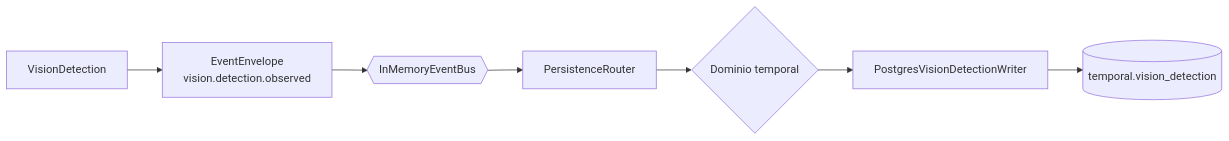
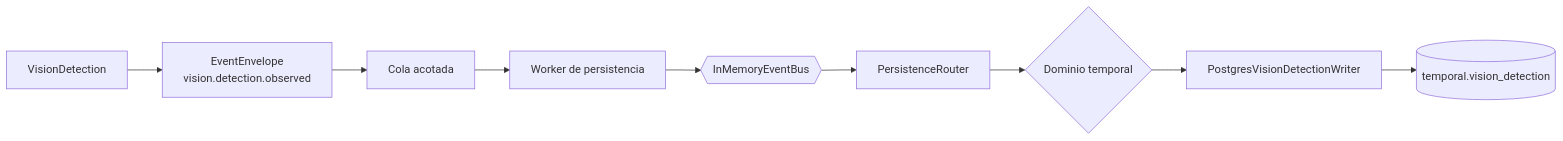
The fifth of 9 diagrams in core/rs/ARCHITECTURE.md (dfr2098/broder), drawn with Mermaid before and after one commit. The commit also changed other lines of this file and 18 other files, not shown here.

````diff
--- a/core/rs/ARCHITECTURE.md
+++ b/core/rs/ARCHITECTURE.md
@@ -230,9 +230,11 @@
 ```mermaid
 flowchart LR
     DET[VisionDetection] --> ENV[EventEnvelope<br/>vision.detection.observed]
-    ENV --> BUS{{InMemoryEventBus}}
+    ENV --> QUEUE[Cola acotada]
+    QUEUE --> WORKER[Worker de persistencia]
+    WORKER --> BUS{{InMemoryEventBus}}
     BUS --> ROUTER[PersistenceRouter]
     ROUTER --> POLICY{Dominio temporal}
     POLICY --> WRITER[PostgresVisionDetectionWriter]
     WRITER --> TABLE[(temporal.vision_detection)]
 ```
````
